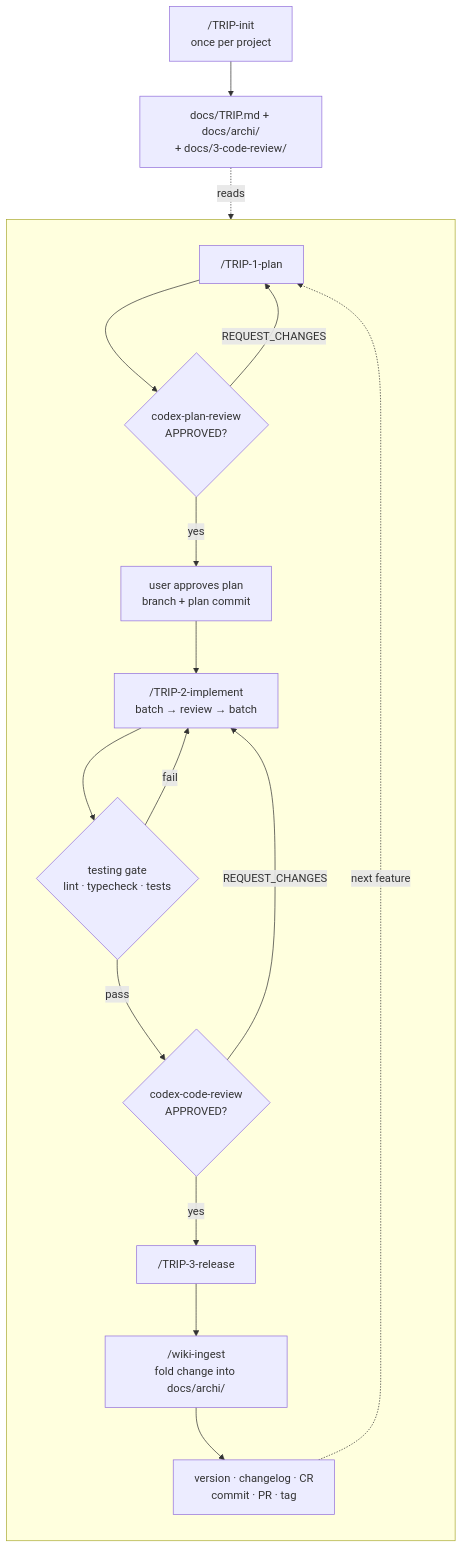
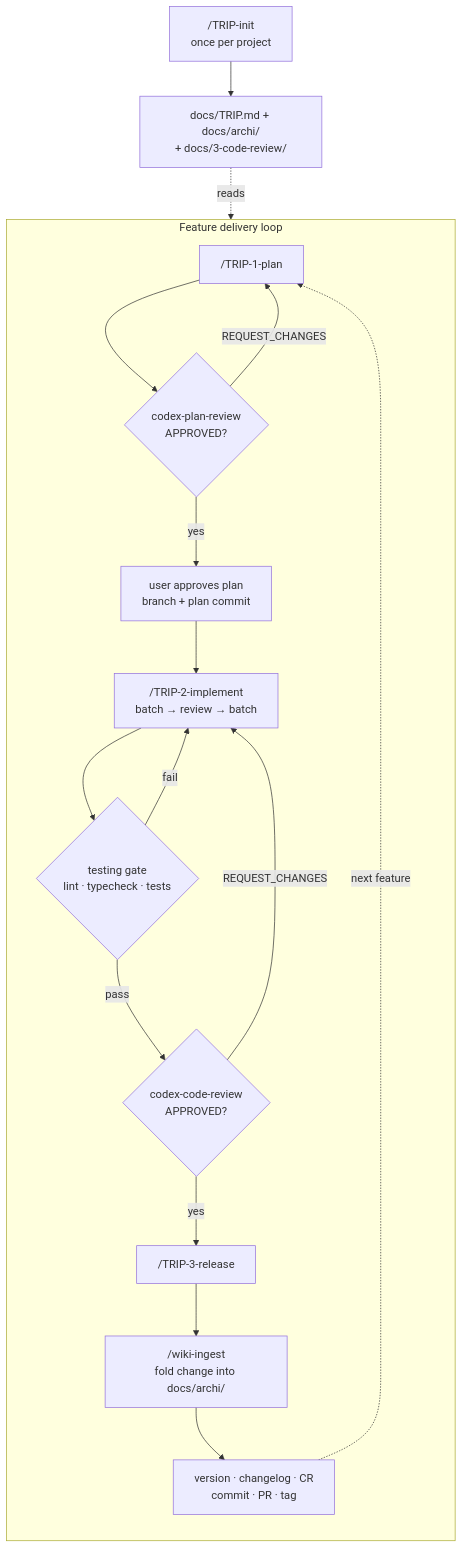
Before and after one commit to hjarenas/agentic-skills: the first of 2 diagrams in README.md, drawn with Mermaid. The commit also changed other lines of this file, not shown here.

Commit message:
docs(trip): document delegated agent flow

````diff
--- a/README.md
+++ b/README.md
@@ -75,23 +75,23 @@
 ```mermaid
 flowchart TD
     INIT["/TRIP-init<br/>once per project"] --> PROFILE["docs/TRIP.md + docs/archi/<br/>+ docs/3-code-review/"]
 
-    PROFILE -.reads.-> PLAN
+    PROFILE -. reads .-> PLAN
 
-    subgraph loop [" "]
+    subgraph FEATURE_LOOP["Feature delivery loop"]
         direction TB
         PLAN["/TRIP-1-plan"] --> PR{"codex-plan-review<br/>APPROVED?"}
         PR -->|REQUEST_CHANGES| PLAN
         PR -->|yes| APPROVE["user approves plan<br/>branch + plan commit"]
         APPROVE --> IMPL["/TRIP-2-implement<br/>batch → review → batch"]
         IMPL --> GATE{"testing gate<br/>lint · typecheck · tests"}
         GATE -->|fail| IMPL
         GATE -->|pass| CR{"codex-code-review<br/>APPROVED?"}
         CR -->|REQUEST_CHANGES| IMPL
         CR -->|yes| REL["/TRIP-3-release"]
         REL --> INGEST["/wiki-ingest<br/>fold change into docs/archi/"]
         INGEST --> PRO["version · changelog · CR<br/>commit · PR · tag"]
     end
 
-    PRO -.next feature.-> PLAN
+    PRO -. next feature .-> PLAN
 ```
````
